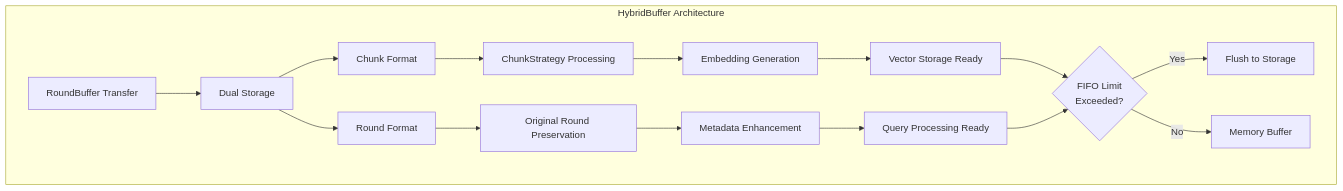
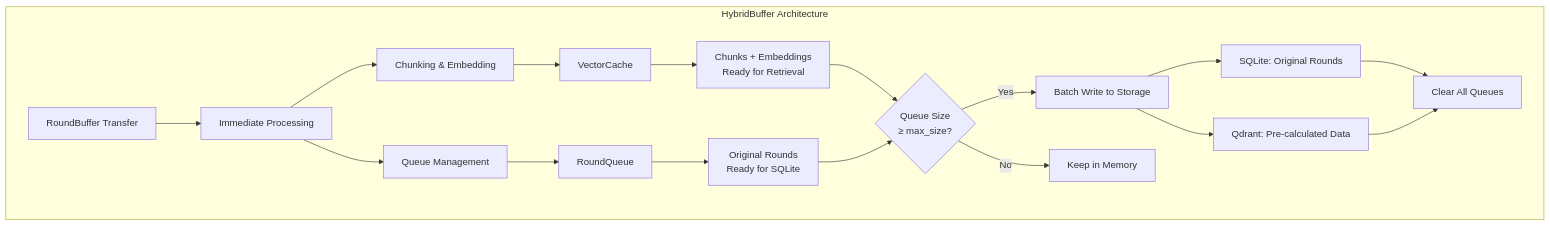
Before and after one commit to memfuse/memfuse: the fifth of 14 diagrams in docs/architecture/buffer.md, drawn with Mermaid. The commit also changed other lines of this file and 8 other files, not shown here.

First line of the commit message:
feat(buffer): implement dual-queue HybridBuffer with immediate processing

````diff
--- a/docs/architecture/buffer.md
+++ b/docs/architecture/buffer.md
@@ -129,22 +129,25 @@
 ```mermaid
 graph TB
     subgraph "HybridBuffer Architecture"
-        A[RoundBuffer Transfer] --> B[Dual Storage]
-        B --> C[Chunk Format]
-        B --> D[Round Format]
-        
-        C --> E[ChunkStrategy Processing]
-        D --> F[Original Round Preservation]
-        
-        E --> G[Embedding Generation]
-        F --> H[Metadata Enhancement]
-        
-        G --> I[Vector Storage Ready]
-        H --> J[Query Processing Ready]
-        
-        I --> K{FIFO Limit<br/>Exceeded?}
-        J --> K
-        K -->|Yes| L[Flush to Storage]
-        K -->|No| M[Memory Buffer]
+        A[RoundBuffer Transfer] --> B[Immediate Processing]
+        B --> C[Chunking & Embedding]
+        B --> D[Queue Management]
+
+        C --> E[VectorCache]
+        D --> F[RoundQueue]
+
+        E --> G[Chunks + Embeddings<br/>Ready for Retrieval]
+        F --> H[Original Rounds<br/>Ready for SQLite]
+
+        G --> I{Queue Size<br/>≥ max_size?}
+        H --> I
+        I -->|Yes| J[Batch Write to Storage]
+        I -->|No| K[Keep in Memory]
+
+        J --> L[SQLite: Original Rounds]
+        J --> M[Qdrant: Pre-calculated Data]
+
+        L --> N[Clear All Queues]
+        M --> N
     end
 ```
````
